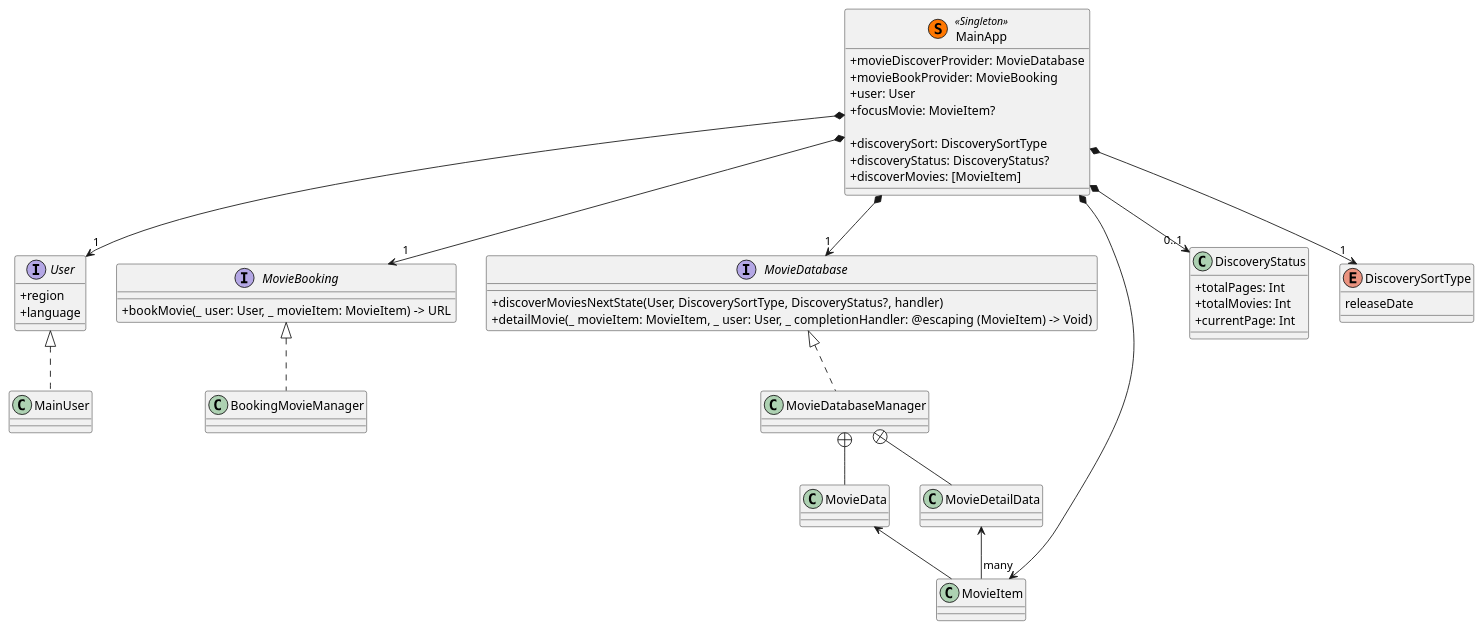
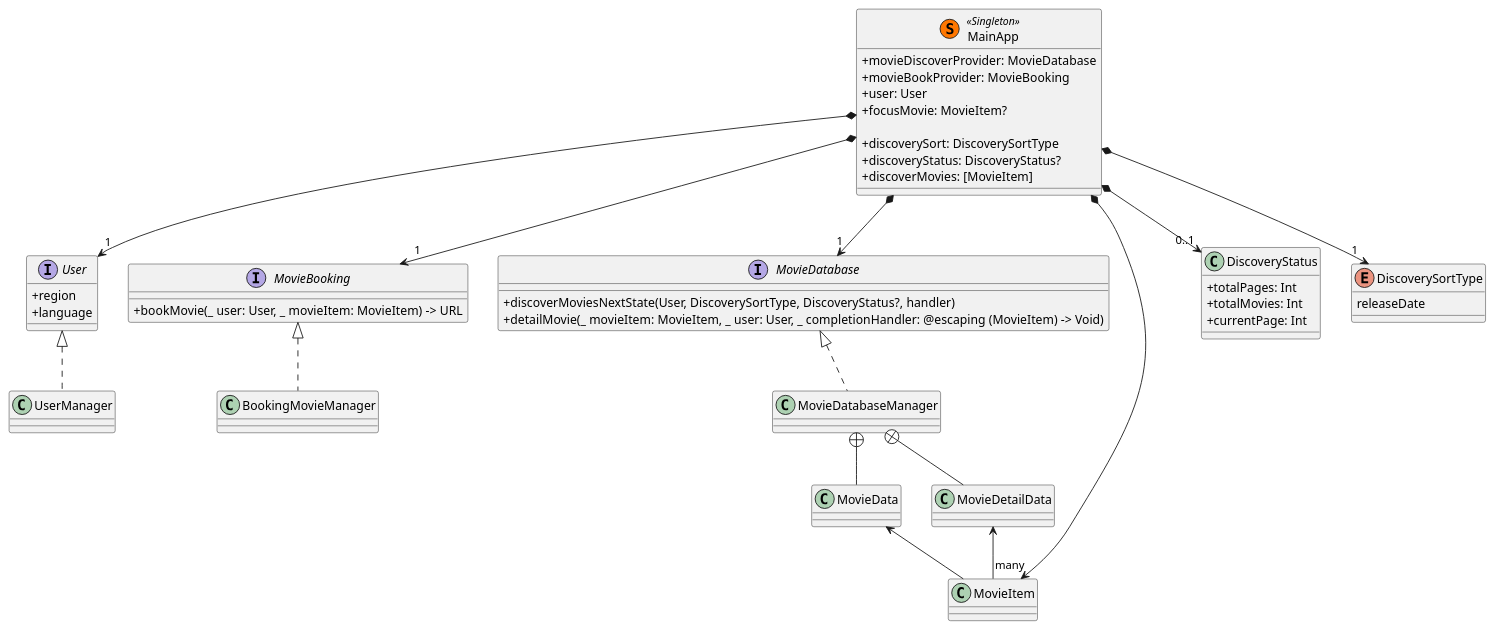
The second of 4 diagrams in README.md (willsbor/CinemaForYou), drawn with PlantUML before and after one commit. The commit also changed other lines of this file and 1 other file, not shown here.

Commit message:
add system requirement and build flow into read me

````diff
--- a/README.md
+++ b/README.md
@@ -94,61 +104,61 @@
 ```puml
 skinparam classAttributeIconSize 0
 
 interface MovieDatabase {
   +discoverMoviesNextState(User, DiscoverySortType, DiscoveryStatus?, handler)
   +detailMovie(_ movieItem: MovieItem, _ user: User, _ completionHandler: @escaping (MovieItem) -> Void)
 }
 interface MovieBooking {
   +bookMovie(_ user: User, _ movieItem: MovieItem) -> URL
 }
 interface User {
   +region
   +language
 }
 
 class MovieItem {
 }
 
 class DiscoveryStatus {
   +totalPages: Int
   +totalMovies: Int
   +currentPage: Int
 }
 
 enum DiscoverySortType {
   releaseDate
 }
 
 class MainApp << (S,#FF7700) Singleton >> {
   +movieDiscoverProvider: MovieDatabase
   +movieBookProvider: MovieBooking
   +user: User
   +focusMovie: MovieItem?
 
   +discoverySort: DiscoverySortType
   +discoveryStatus: DiscoveryStatus?
   +discoverMovies: [MovieItem]
 }
 
 MainApp *--> "1" User
 MainApp *--> "1" MovieDatabase
 MainApp *--> "1" MovieBooking
 MainApp *--> "many" MovieItem
 MainApp *--> "0..1" DiscoveryStatus
 MainApp *--> "1" DiscoverySortType
 
 class MovieDatabaseManager
 class MovieData
 class MovieDetailData
 class BookingMovieManager
-class MainUser
+class UserManager
 
 MovieDatabaseManager .up.|> MovieDatabase
 BookingMovieManager .up.|> MovieBooking
-MainUser .up.|> User
+UserManager .up.|> User
 MovieDatabaseManager +-- MovieData
 MovieDatabaseManager +-- MovieDetailData
 MovieData <-- MovieItem
 MovieDetailData <-- MovieItem
 
 ```
````
